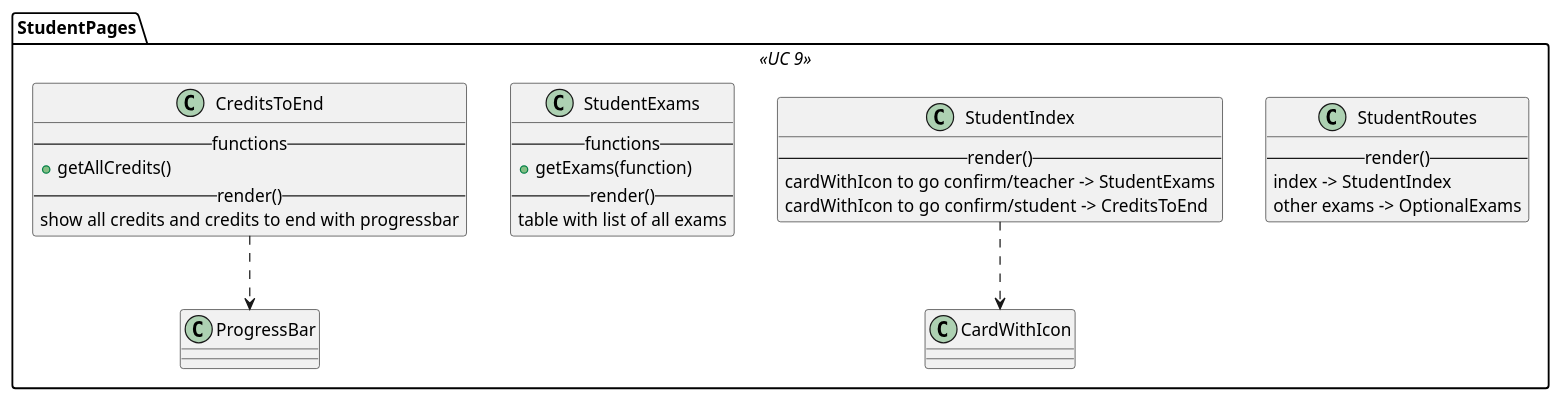
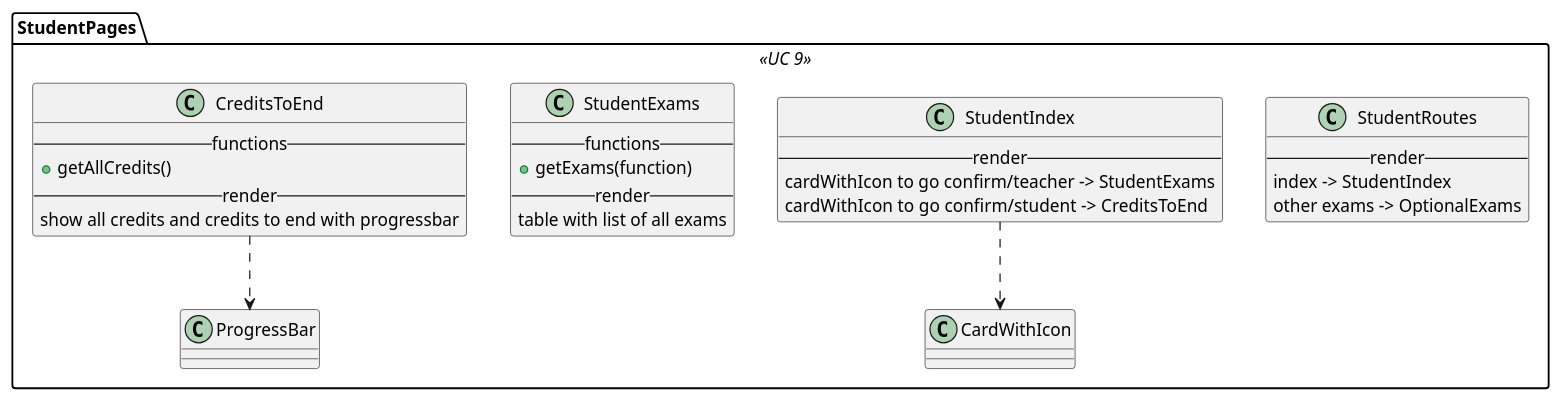
Before and after one commit to M9k/Marvin-Uml: the diagram in react/student/index.iuml, drawn with PlantUML.

Commit message:
piccolo fix

```diff
--- a/react/student/index.iuml
+++ b/react/student/index.iuml
@@ -1,29 +1,29 @@
 package StudentPages <<UC 9>> {
 
 class StudentRoutes{
---render()--
+--render--
  index -> StudentIndex
  other exams -> OptionalExams
 }
 
 class StudentIndex{
---render()--
+--render--
     cardWithIcon to go confirm/teacher -> StudentExams
     cardWithIcon to go confirm/student -> CreditsToEnd
 }
 StudentIndex ..> CardWithIcon
 
 class StudentExams{
 --functions--
     + getExams(function)
---render()--
+--render--
     table with list of all exams
 }
 
 class CreditsToEnd{
 --functions--
  +getAllCredits()
---render()--
+--render--
 show all credits and credits to end with progressbar
 }
 CreditsToEnd ..> ProgressBar
```
